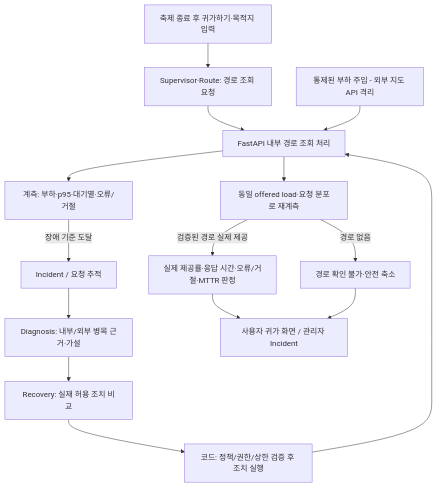
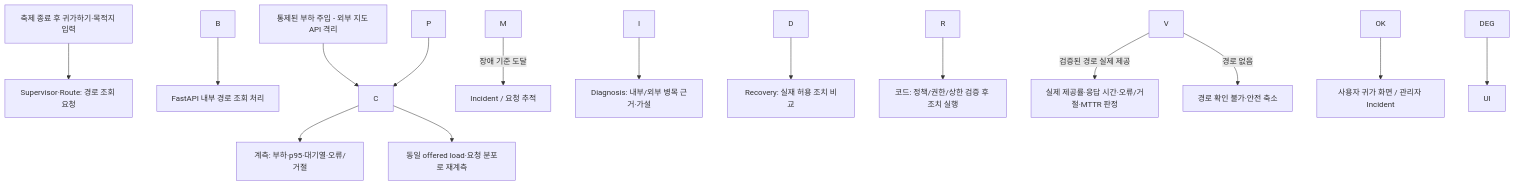
One commit to yubeenjjang/Final3team changed the fourth of 4 diagrams in Docs/Step 1/놀다가_기획서.md. Above: the diagram before and after it, drawn with Mermaid. The commit also changed other lines of this file and 1 other file, not shown here.

````diff
--- a/Docs/Step 1/놀다가_기획서.md
+++ b/Docs/Step 1/놀다가_기획서.md
@@ -1200,17 +1225,17 @@
 ```mermaid
 flowchart TD
-  A[축제 종료 후 귀가하기·목적지 입력] --> B[Supervisor·Route: 경로 조회 요청]
-  B --> C[FastAPI 내부 경로 조회 처리]
-  T[통제된 부하 주입 - 외부 지도 API 격리] --> C
-  C --> M[계측: 부하·p95·대기열·오류/거절]
-  M -->|장애 기준 도달| I[Incident / 요청 추적]
-  I --> D[Diagnosis: 내부/외부 병목 근거·가설]
-  D --> R[Recovery: 실재 허용 조치 비교]
-  R --> P[코드: 정책/권한/상한 검증 후 조치 실행]
+  A\[축제 종료 후 귀가하기·목적지 입력] --> B\[Supervisor·Route: 경로 조회 요청]
+  B --> C\[FastAPI 내부 경로 조회 처리]
+  T\[통제된 부하 주입 - 외부 지도 API 격리] --> C
+  C --> M\[계측: 부하·p95·대기열·오류/거절]
+  M -->|장애 기준 도달| I\[Incident / 요청 추적]
+  I --> D\[Diagnosis: 내부/외부 병목 근거·가설]
+  D --> R\[Recovery: 실재 허용 조치 비교]
+  R --> P\[코드: 정책/권한/상한 검증 후 조치 실행]
   P --> C
-  C --> V[동일 offered load·요청 분포로 재계측]
-  V -->|검증된 경로 실제 제공| OK[실제 제공률·응답 시간·오류/거절·MTTR 판정]
-  V -->|경로 없음| DEG[경로 확인 불가·안전 축소]
-  OK --> UI[사용자 귀가 화면 / 관리자 Incident]
+  C --> V\[동일 offered load·요청 분포로 재계측]
+  V -->|검증된 경로 실제 제공| OK\[실제 제공률·응답 시간·오류/거절·MTTR 판정]
+  V -->|경로 없음| DEG\[경로 확인 불가·안전 축소]
+  OK --> UI\[사용자 귀가 화면 / 관리자 Incident]
   DEG --> UI
 ```
````
